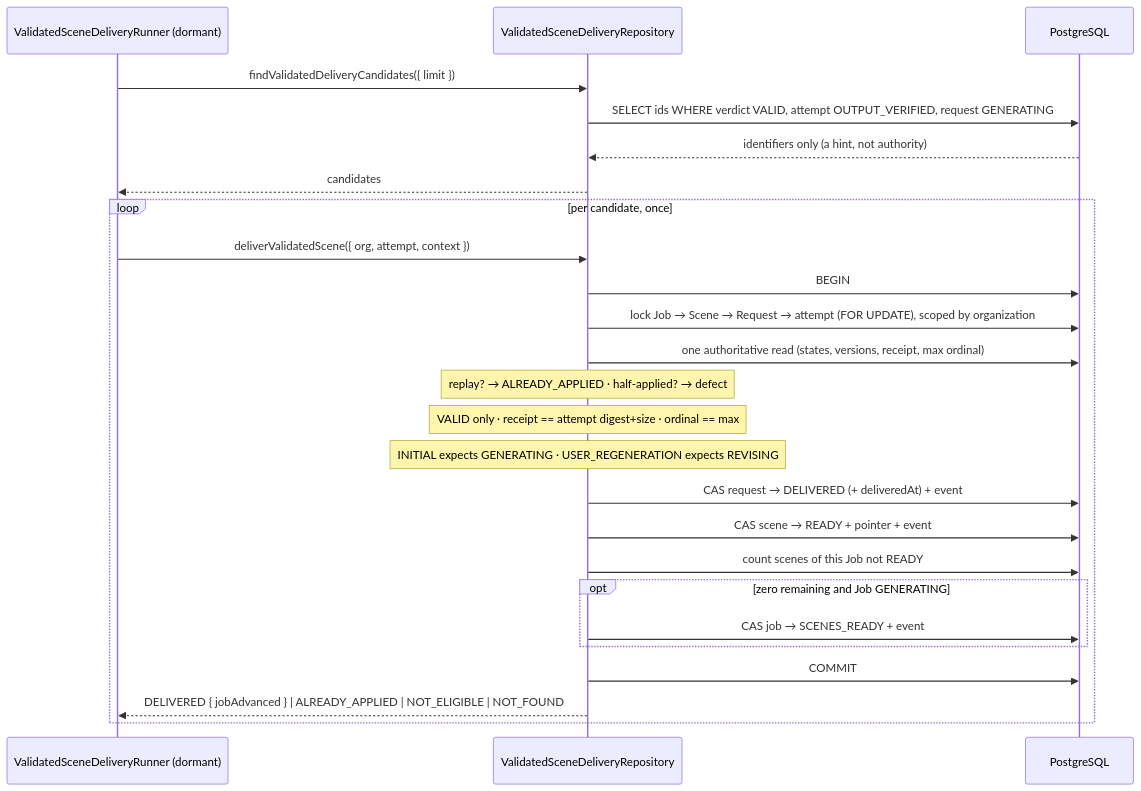
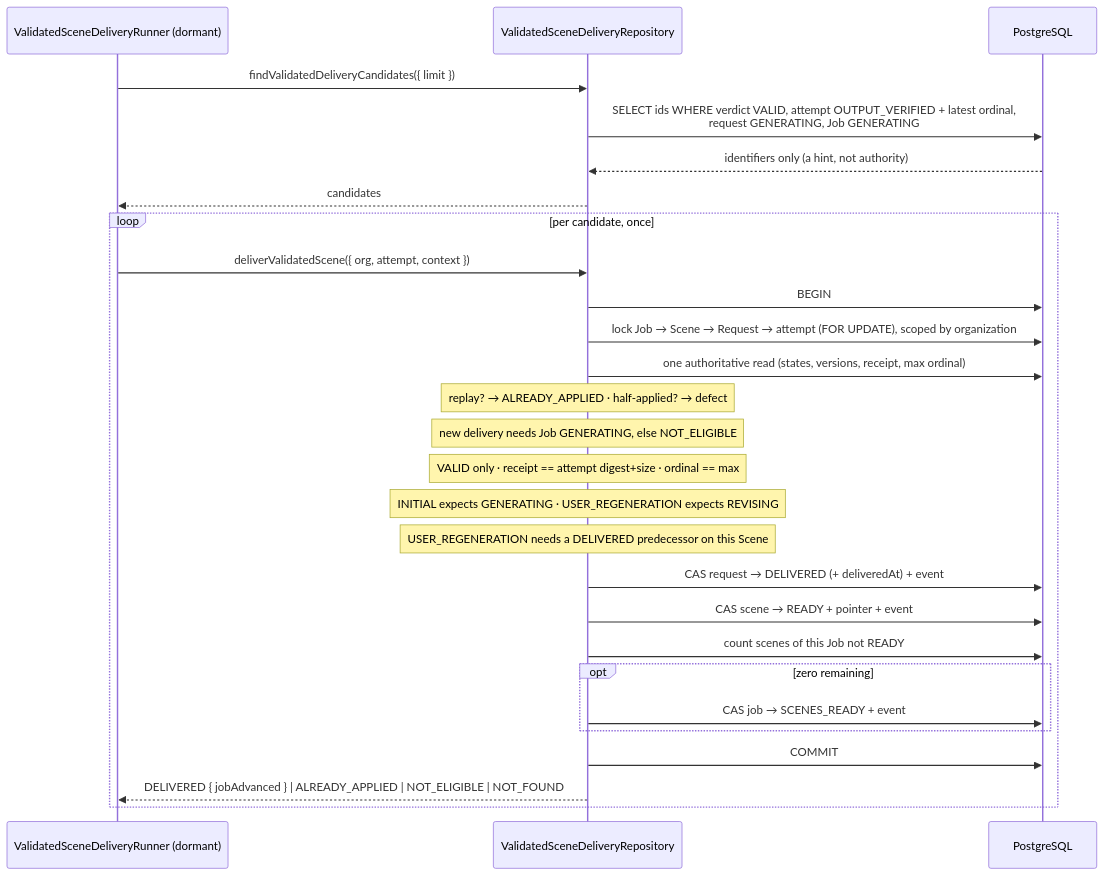
Before and after one commit to TakeTouhu/Real-Estate-Listing-Concept-Video: the diagram in docs/phase-4c3b2h3b6a-completion.md, drawn with Mermaid. The commit also changed other lines of this file and 10 other files, not shown here.

````diff
--- a/docs/phase-4c3b2h3b6a-completion.md
+++ b/docs/phase-4c3b2h3b6a-completion.md
@@ -40,29 +40,31 @@
 ```mermaid
 sequenceDiagram
     participant R as ValidatedSceneDeliveryRunner (dormant)
     participant Repo as ValidatedSceneDeliveryRepository
     participant PG as PostgreSQL
 
     R->>Repo: findValidatedDeliveryCandidates({ limit })
-    Repo->>PG: SELECT ids WHERE verdict VALID, attempt OUTPUT_VERIFIED, request GENERATING
+    Repo->>PG: SELECT ids WHERE verdict VALID, attempt OUTPUT_VERIFIED + latest ordinal,<br/>request GENERATING, Job GENERATING
     PG-->>Repo: identifiers only (a hint, not authority)
     Repo-->>R: candidates
 
     loop per candidate, once
         R->>Repo: deliverValidatedScene({ org, attempt, context })
         Repo->>PG: BEGIN
         Repo->>PG: lock Job → Scene → Request → attempt (FOR UPDATE), scoped by organization
         Repo->>PG: one authoritative read (states, versions, receipt, max ordinal)
         Note over Repo: replay? → ALREADY_APPLIED · half-applied? → defect
+        Note over Repo: new delivery needs Job GENERATING, else NOT_ELIGIBLE
         Note over Repo: VALID only · receipt == attempt digest+size · ordinal == max
         Note over Repo: INITIAL expects GENERATING · USER_REGENERATION expects REVISING
+        Note over Repo: USER_REGENERATION needs a DELIVERED predecessor on this Scene
         Repo->>PG: CAS request → DELIVERED (+ deliveredAt) + event
         Repo->>PG: CAS scene → READY + pointer + event
         Repo->>PG: count scenes of this Job not READY
-        opt zero remaining and Job GENERATING
+        opt zero remaining
             Repo->>PG: CAS job → SCENES_READY + event
         end
         Repo->>PG: COMMIT
         Repo-->>R: DELIVERED { jobAdvanced } | ALREADY_APPLIED | NOT_ELIGIBLE | NOT_FOUND
     end
 ```
````
